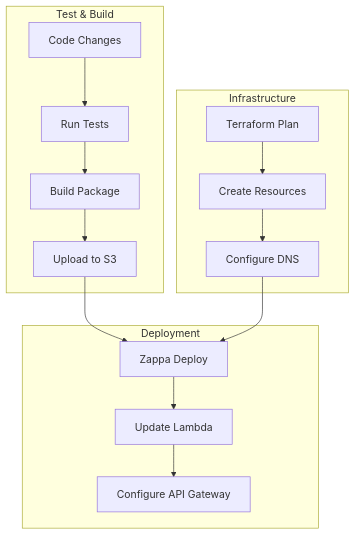
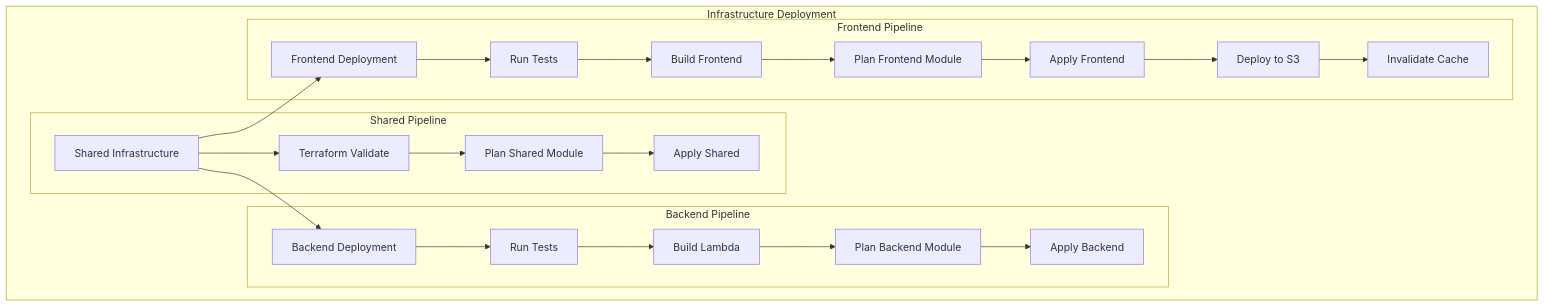
The second of 6 diagrams in docs/development/codebase_summary.md (djm81/ai-wizard), drawn with Mermaid before and after one commit. The commit also changed other lines of this file and 18 other files, not shown here.

````diff
--- a/docs/development/codebase_summary.md
+++ b/docs/development/codebase_summary.md
@@ -56,21 +47,29 @@
 ```mermaid
 graph TB
-    subgraph "Test & Build"
-        A[Code Changes] --> B[Run Tests]
-        B --> C[Build Package]
-        C --> D[Upload to S3]
+    subgraph "Infrastructure Deployment"
+        S1[Shared Infrastructure] --> B1[Backend Deployment]
+        S1 --> F1[Frontend Deployment]
+        
+        subgraph "Shared Pipeline"
+            S1 --> S2[Terraform Validate]
+            S2 --> S3[Plan Shared Module]
+            S3 --> S4[Apply Shared]
+        end
+
+        subgraph "Backend Pipeline"
+            B1 --> B2[Run Tests]
+            B2 --> B3[Build Lambda]
+            B3 --> B4[Plan Backend Module]
+            B4 --> B5[Apply Backend]
+        end
+
+        subgraph "Frontend Pipeline"
+            F1 --> F2[Run Tests]
+            F2 --> F3[Build Frontend]
+            F3 --> F4[Plan Frontend Module]
+            F4 --> F5[Apply Frontend]
+            F5 --> F6[Deploy to S3]
+            F6 --> F7[Invalidate Cache]
+        end
     end
-
-    subgraph "Infrastructure"
-        E[Terraform Plan] --> F[Create Resources]
-        F --> G[Configure DNS]
-    end
-
-    subgraph "Deployment"
-        H[Zappa Deploy] --> I[Update Lambda]
-        I --> J[Configure API Gateway]
-    end
-
-    D --> H
-    G --> H
 ```
````
